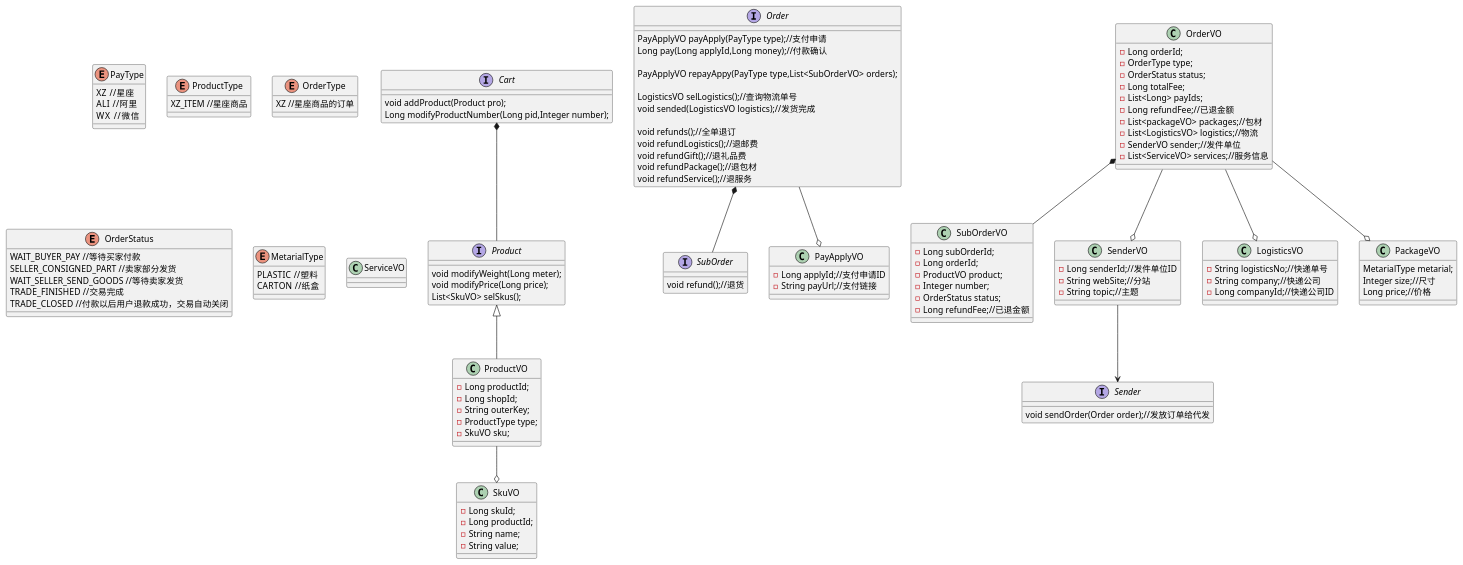
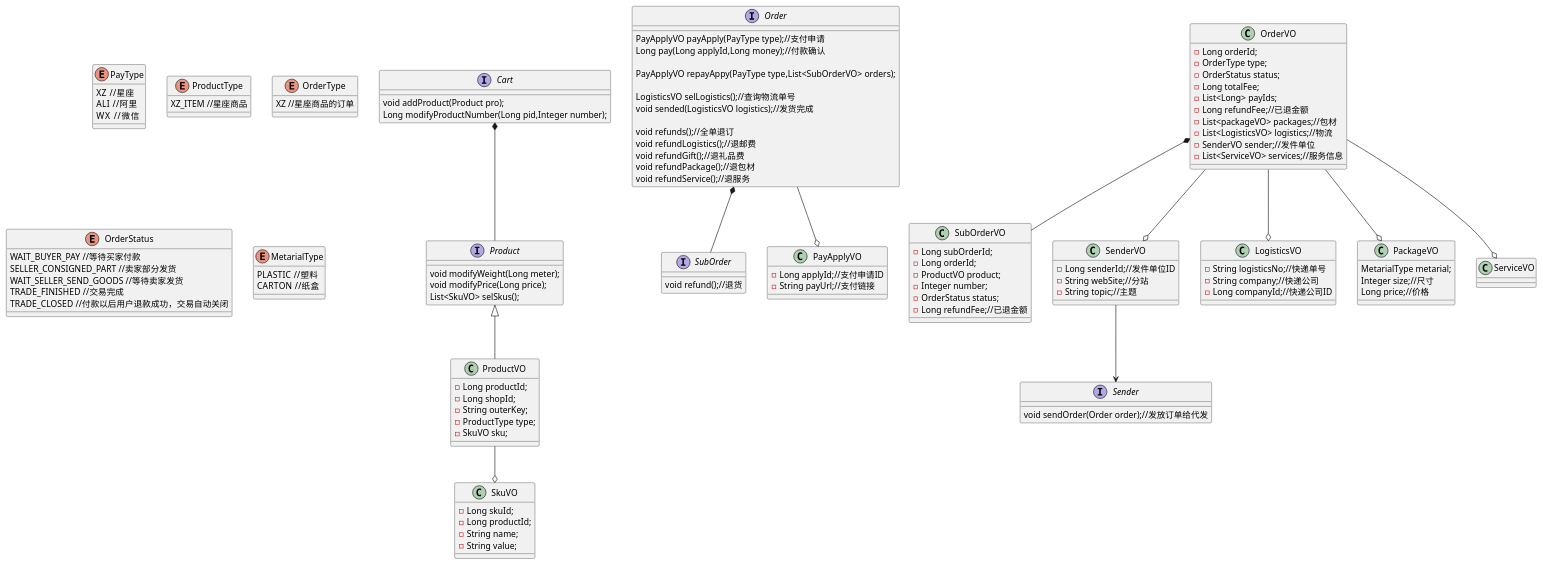
One commit to pogy/main-pom changed the diagram in main4-order/main4-order-api/src/main/resources/orderClass.puml. Above: the diagram before and after it, drawn with PlantUML.

Commit message:
订单原型

```diff
--- a/main4-order/main4-order-api/src/main/resources/orderClass.puml
+++ b/main4-order/main4-order-api/src/main/resources/orderClass.puml
@@ -1,143 +1,144 @@
 @startuml
 enum PayType{
 XZ  //星座
 ALI  //阿里
 WX   //微信
 }
 interface Cart{
 void addProduct(Product pro);
 Long modifyProductNumber(Long pid,Integer number);
 }
 interface Order{
 PayApplyVO payApply(PayType type);//支付申请
 Long pay(Long applyId,Long money);//付款确认
 
 PayApplyVO repayAppy(PayType type,List<SubOrderVO> orders);
 
 LogisticsVO selLogistics();//查询物流单号
 void sended(LogisticsVO logistics);//发货完成
 
 void refunds();//全单退订
 void refundLogistics();//退邮费
 void refundGift();//退礼品费
 void refundPackage();//退包材
 void refundService();//退服务
 }
 interface SubOrder{
 void refund();//退货
 
 }
 interface Product{
 void modifyWeight(Long meter);
 void modifyPrice(Long price);
 List<SkuVO> selSkus();
 }
 interface Sender{
 void sendOrder(Order order);//发放订单给代发
 }
 
 class OrderVO{
 -Long orderId;
 -OrderType type;
 -OrderStatus status;
 -Long totalFee;
 -List<Long> payIds;
 -Long refundFee;//已退金额
 -List<packageVO> packages;//包材
 -List<LogisticsVO> logistics;//物流
 -SenderVO sender;//发件单位
 -List<ServiceVO> services;//服务信息
 }
 
 class SubOrderVO{
 -Long subOrderId;
 -Long orderId;
 -ProductVO product;
 -Integer number;
 -OrderStatus status;
 -Long refundFee;//已退金额
 }
 
 enum ProductType{
 XZ_ITEM //星座商品
 
 }
 
 enum OrderType{
 XZ //星座商品的订单
 
 }
 
 enum OrderStatus{
 WAIT_BUYER_PAY //等待买家付款
 SELLER_CONSIGNED_PART //卖家部分发货
 WAIT_SELLER_SEND_GOODS //等待卖家发货
 TRADE_FINISHED  //交易完成
 TRADE_CLOSED  //付款以后用户退款成功，交易自动关闭
 
 }
 
 enum MetarialType{
 PLASTIC  //塑料
 CARTON  //纸盒
 }
 
 class ProductVO{
 -Long productId;
 -Long shopId;
 -String outerKey;
 -ProductType type;
 -SkuVO sku;
 }
 
 class SkuVO{
 -Long skuId;
 -Long productId;
 -String name;
 -String value;
 }
 
 class PayApplyVO{
 -Long applyId;//支付申请ID
 -String payUrl;//支付链接
 }
 
 class SenderVO{
 -Long senderId;//发件单位ID
 -String webSite;//分站
 -String topic;//主题
 }
 
 class LogisticsVO{
 -String logisticsNo;//快递单号
 -String company;//快递公司
 -Long companyId;//快递公司ID
 }
 
 class PackageVO{
 MetarialType metarial;
 Integer size;//尺寸
 Long price;//价格
 }
 
 class ServiceVO{
 
 }
 
 Cart *-- Product
 Product <|-- ProductVO
 ProductVO --o SkuVO
 
 Order *-- SubOrder
 OrderVO *-- SubOrderVO
+OrderVO --o ServiceVO
 
 OrderVO --o SenderVO
 OrderVO --o PackageVO
 OrderVO --o LogisticsVO
 
 Order --o PayApplyVO
 
 SenderVO --> Sender
 
 
 @enduml
```
